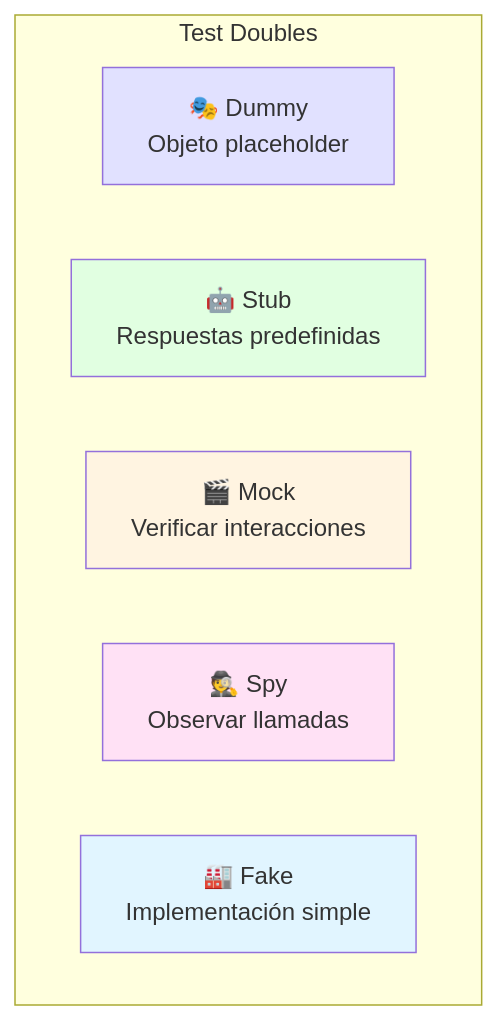
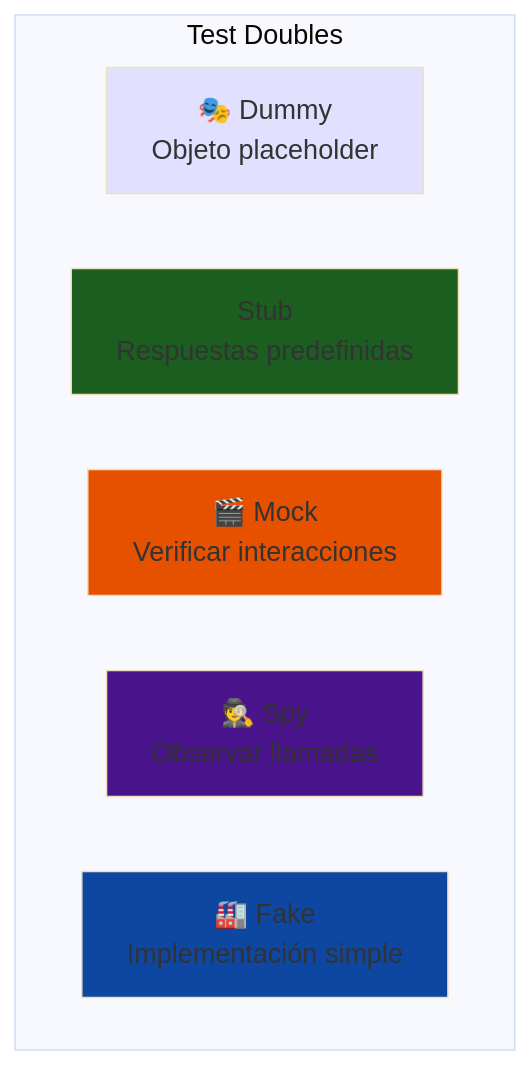
One commit to Ai-Whisperers/Courses-Content changed the eighth of 10 diagrams in courses/🟡-development/FPUNA-2026/01-DESARROLLO-SOFTWARE/03-pruebas-tdd.md. Above: the diagram before and after it, drawn with Mermaid. The commit also changed other lines of this file and 47 other files, not shown here.

First line of the commit message:
fix: Make all 473 diagrams WCAG AAA accessible (FPUNA-2026)

````diff
--- a/courses/🟡-development/FPUNA-2026/01-DESARROLLO-SOFTWARE/03-pruebas-tdd.md
+++ b/courses/🟡-development/FPUNA-2026/01-DESARROLLO-SOFTWARE/03-pruebas-tdd.md
@@ -723,16 +731,17 @@
 ```mermaid
+%%{init: {'theme':'base', 'themeVariables': {'fontSize':'18px'}}}%%
 graph TD
     subgraph "Test Doubles"
         A[🎭 Dummy<br/>Objeto placeholder]
-        B[🤖 Stub<br/>Respuestas predefinidas]
+        B[Stub<br/>Respuestas predefinidas]
         C[🎬 Mock<br/>Verificar interacciones]
         D[🕵️ Spy<br/>Observar llamadas]
         E[🏭 Fake<br/>Implementación simple]
     end
     
     style A fill:#E1E1FF
-    style B fill:#E1FFE1
-    style C fill:#FFF4E1
-    style D fill:#FFE1F5
-    style E fill:#E1F5FF
+    style B fill:#1b5e20
+    style C fill:#e65100
+    style D fill:#4a148c
+    style E fill:#0d47a1
 ```
````
